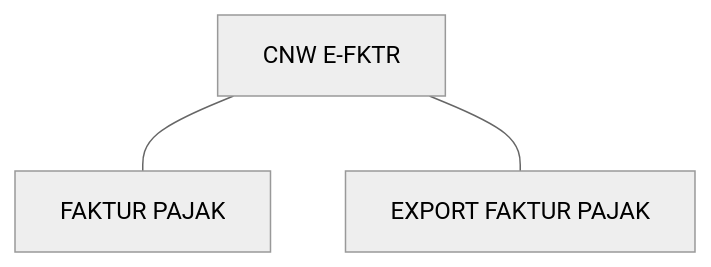
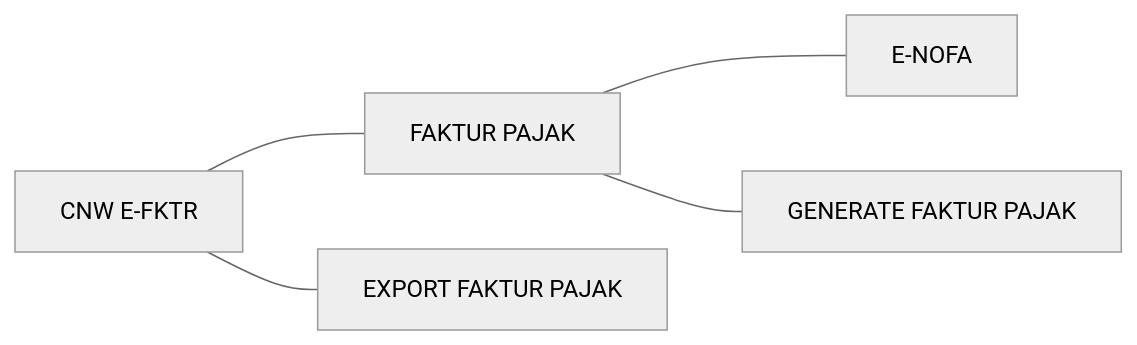
One commit to andyut/cnw_doc changed the diagram in cnw_efktr_doc.md. Above: the diagram before and after it, drawn with Mermaid (neutral theme). The commit also changed other lines of this file, not shown here.

Commit message:
cnw_efktr_doc.md updated from https://stackedit.io/

````diff
--- a/cnw_efktr_doc.md
+++ b/cnw_efktr_doc.md
@@ -10,6 +10,11 @@
 ```mermaid
-graph TD
+graph LR
 A[CNW E-FKTR] --- B[FAKTUR PAJAK]
 A --- C[EXPORT FAKTUR PAJAK]
 
+B --- D[E-NOFA]
+B --- E[GENERATE FAKTUR PAJAK]
+ 
+
+
 ```
````
